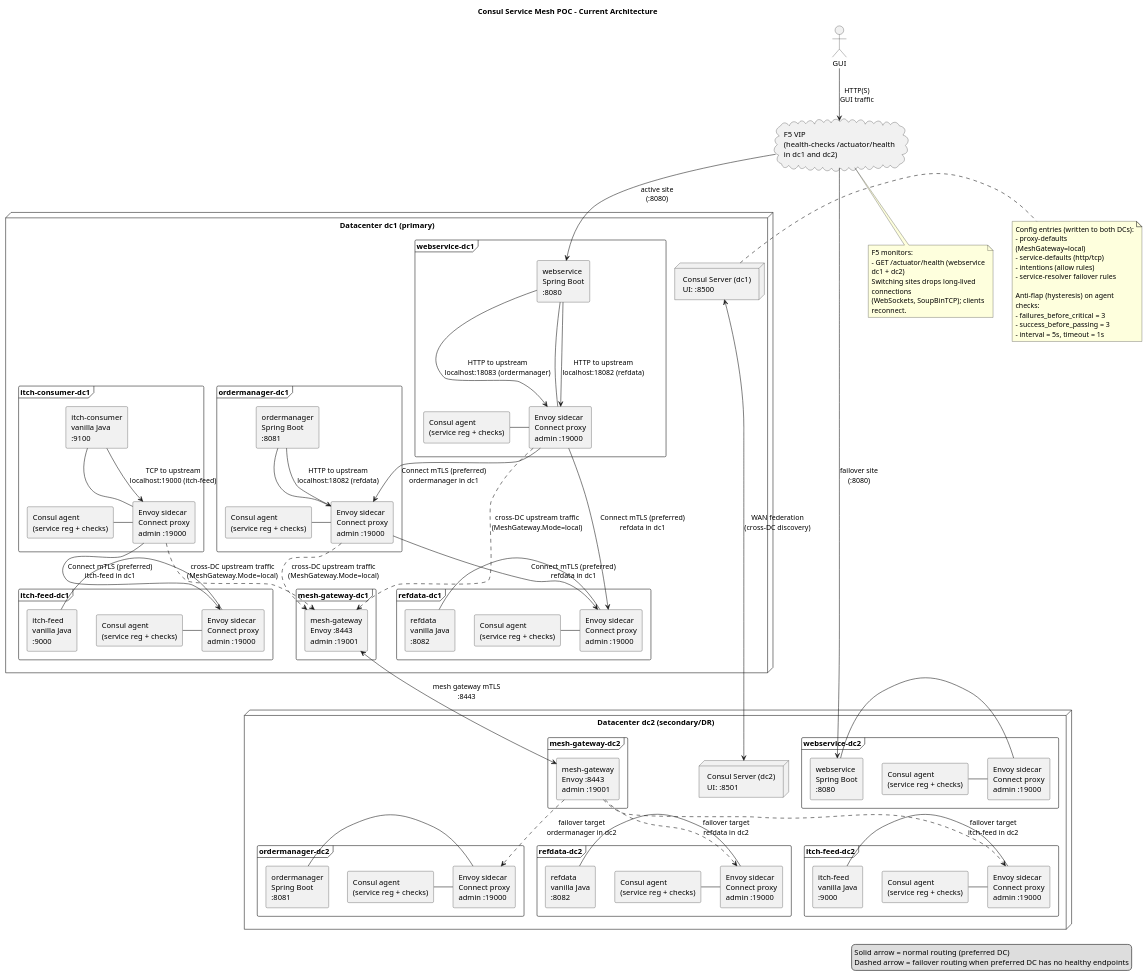
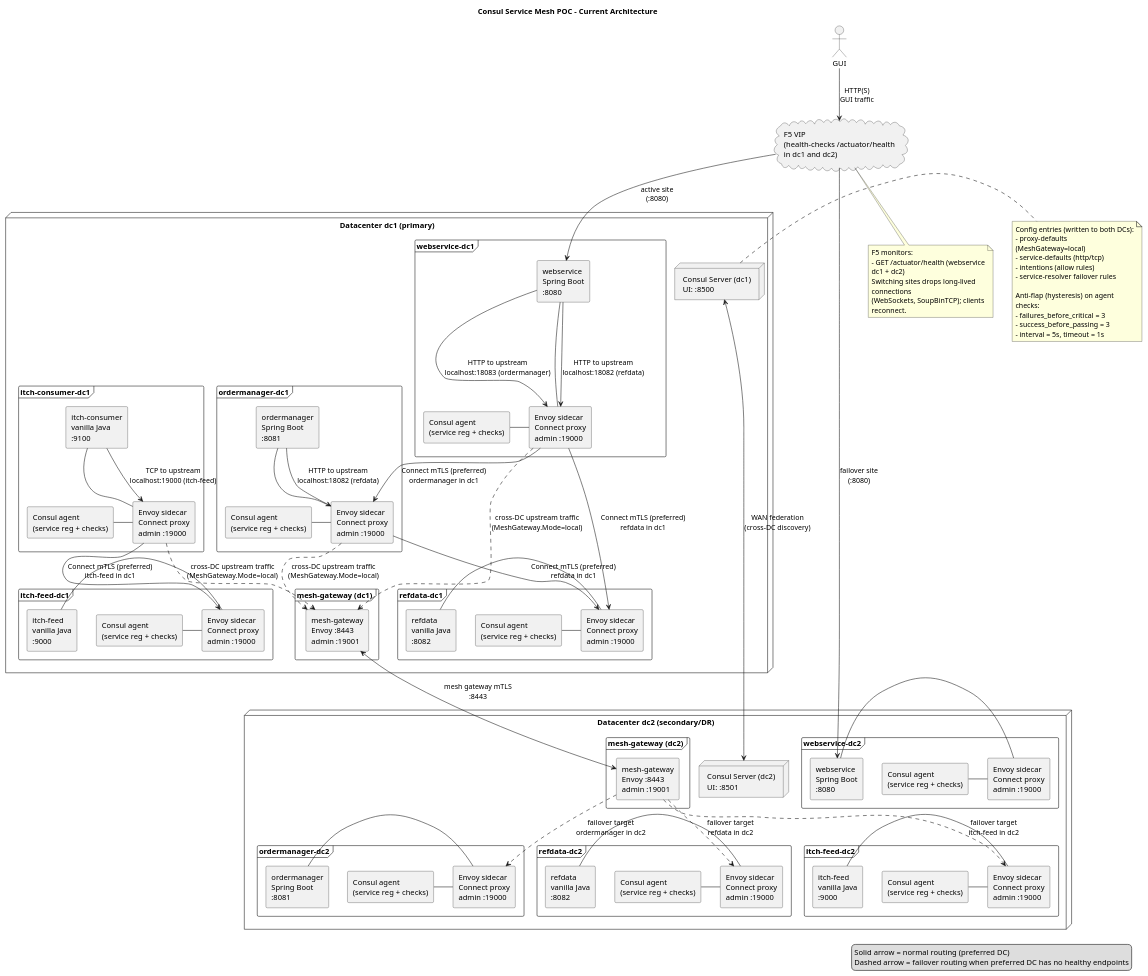
Before and after one commit to oflondontown/consul-service-mesh-poc: the diagram in docs/architecture.puml, drawn with PlantUML. The commit also changed 13 other files, not shown here.

```diff
--- a/docs/architecture.puml
+++ b/docs/architecture.puml
@@ -1,152 +1,152 @@
 @startuml
 title Consul Service Mesh POC - Current Architecture
 
 skinparam componentStyle rectangle
 skinparam shadowing false
 skinparam wrapWidth 220
 
 actor "GUI" as gui
 
 cloud "F5 VIP\n(health-checks /actuator/health\nin dc1 and dc2)" as f5
 
 node "Datacenter dc1 (primary)" as dc1 {
   node "Consul Server (dc1)\nUI: :8500" as consulDc1
 
-  frame "mesh-gateway-dc1" as mg1 {
+  frame "mesh-gateway (dc1)" as mg1 {
     component "mesh-gateway\nEnvoy :8443\nadmin :19001" as mgw1
   }
 
   frame "webservice-dc1" as ws1 {
     component "webservice\nSpring Boot\n:8080" as wsApp1
     component "Envoy sidecar\nConnect proxy\nadmin :19000" as wsEnvoy1
     component "Consul agent\n(service reg + checks)" as wsAgent1
     wsAgent1 - wsEnvoy1
     wsApp1 - wsEnvoy1
   }
 
   frame "ordermanager-dc1" as om1 {
     component "ordermanager\nSpring Boot\n:8081" as omApp1
     component "Envoy sidecar\nConnect proxy\nadmin :19000" as omEnvoy1
     component "Consul agent\n(service reg + checks)" as omAgent1
     omAgent1 - omEnvoy1
     omApp1 - omEnvoy1
   }
 
   frame "refdata-dc1" as rd1 {
     component "refdata\nvanilla Java\n:8082" as rdApp1
     component "Envoy sidecar\nConnect proxy\nadmin :19000" as rdEnvoy1
     component "Consul agent\n(service reg + checks)" as rdAgent1
     rdAgent1 - rdEnvoy1
     rdApp1 - rdEnvoy1
   }
 
   frame "itch-consumer-dc1" as ic1 {
     component "itch-consumer\nvanilla Java\n:9100" as icApp1
     component "Envoy sidecar\nConnect proxy\nadmin :19000" as icEnvoy1
     component "Consul agent\n(service reg + checks)" as icAgent1
     icAgent1 - icEnvoy1
     icApp1 - icEnvoy1
   }
 
   frame "itch-feed-dc1" as if1 {
     component "itch-feed\nvanilla Java\n:9000" as ifApp1
     component "Envoy sidecar\nConnect proxy\nadmin :19000" as ifEnvoy1
     component "Consul agent\n(service reg + checks)" as ifAgent1
     ifAgent1 - ifEnvoy1
     ifApp1 - ifEnvoy1
   }
 }
 
 node "Datacenter dc2 (secondary/DR)" as dc2 {
   node "Consul Server (dc2)\nUI: :8501" as consulDc2
 
-  frame "mesh-gateway-dc2" as mg2 {
+  frame "mesh-gateway (dc2)" as mg2 {
     component "mesh-gateway\nEnvoy :8443\nadmin :19001" as mgw2
   }
 
   frame "webservice-dc2" as ws2 {
     component "webservice\nSpring Boot\n:8080" as wsApp2
     component "Envoy sidecar\nConnect proxy\nadmin :19000" as wsEnvoy2
     component "Consul agent\n(service reg + checks)" as wsAgent2
     wsAgent2 - wsEnvoy2
     wsApp2 - wsEnvoy2
   }
 
   frame "ordermanager-dc2" as om2 {
     component "ordermanager\nSpring Boot\n:8081" as omApp2
     component "Envoy sidecar\nConnect proxy\nadmin :19000" as omEnvoy2
     component "Consul agent\n(service reg + checks)" as omAgent2
     omAgent2 - omEnvoy2
     omApp2 - omEnvoy2
   }
 
   frame "refdata-dc2" as rd2 {
     component "refdata\nvanilla Java\n:8082" as rdApp2
     component "Envoy sidecar\nConnect proxy\nadmin :19000" as rdEnvoy2
     component "Consul agent\n(service reg + checks)" as rdAgent2
     rdAgent2 - rdEnvoy2
     rdApp2 - rdEnvoy2
   }
 
   frame "itch-feed-dc2" as if2 {
     component "itch-feed\nvanilla Java\n:9000" as ifApp2
     component "Envoy sidecar\nConnect proxy\nadmin :19000" as ifEnvoy2
     component "Consul agent\n(service reg + checks)" as ifAgent2
     ifAgent2 - ifEnvoy2
     ifApp2 - ifEnvoy2
   }
 }
 
 consulDc1 <--> consulDc2 : WAN federation\n(cross-DC discovery)
 mgw1 <--> mgw2 : mesh gateway mTLS\n:8443
 
 gui --> f5 : HTTP(S)\nGUI traffic
 f5 --> wsApp1 : active site\n(:8080)
 f5 --> wsApp2 : failover site\n(:8080)
 
 wsApp1 --> wsEnvoy1 : HTTP to upstream\nlocalhost:18082 (refdata)
 wsApp1 --> wsEnvoy1 : HTTP to upstream\nlocalhost:18083 (ordermanager)
 omApp1 --> omEnvoy1 : HTTP to upstream\nlocalhost:18082 (refdata)
 icApp1 --> icEnvoy1 : TCP to upstream\nlocalhost:19000 (itch-feed)
 
 wsEnvoy1 --> rdEnvoy1 : Connect mTLS (preferred)\nrefdata in dc1
 
 omEnvoy1 --> rdEnvoy1 : Connect mTLS (preferred)\nrefdata in dc1
 
 wsEnvoy1 --> omEnvoy1 : Connect mTLS (preferred)\nordermanager in dc1
 
 icEnvoy1 --> ifEnvoy1 : Connect mTLS (preferred)\nitch-feed in dc1
 
 wsEnvoy1 ..> mgw1 : cross-DC upstream traffic\n(MeshGateway.Mode=local)
 omEnvoy1 ..> mgw1 : cross-DC upstream traffic\n(MeshGateway.Mode=local)
 icEnvoy1 ..> mgw1 : cross-DC upstream traffic\n(MeshGateway.Mode=local)
 
 mgw2 ..> rdEnvoy2 : failover target\nrefdata in dc2
 mgw2 ..> omEnvoy2 : failover target\nordermanager in dc2
 mgw2 ..> ifEnvoy2 : failover target\nitch-feed in dc2
 
 note right of consulDc1
 Config entries (written to both DCs):
 - proxy-defaults (MeshGateway=local)
 - service-defaults (http/tcp)
 - intentions (allow rules)
 - service-resolver failover rules
 
 Anti-flap (hysteresis) on agent checks:
 - failures_before_critical = 3
 - success_before_passing = 3
 - interval = 5s, timeout = 1s
 end note
 
 note bottom of f5
 F5 monitors:
 - GET /actuator/health (webservice dc1 + dc2)
 Switching sites drops long-lived connections
 (WebSockets, SoupBinTCP); clients reconnect.
 end note
 
 legend right
 Solid arrow = normal routing (preferred DC)
 Dashed arrow = failover routing when preferred DC has no healthy endpoints
 endlegend
 @enduml
```
